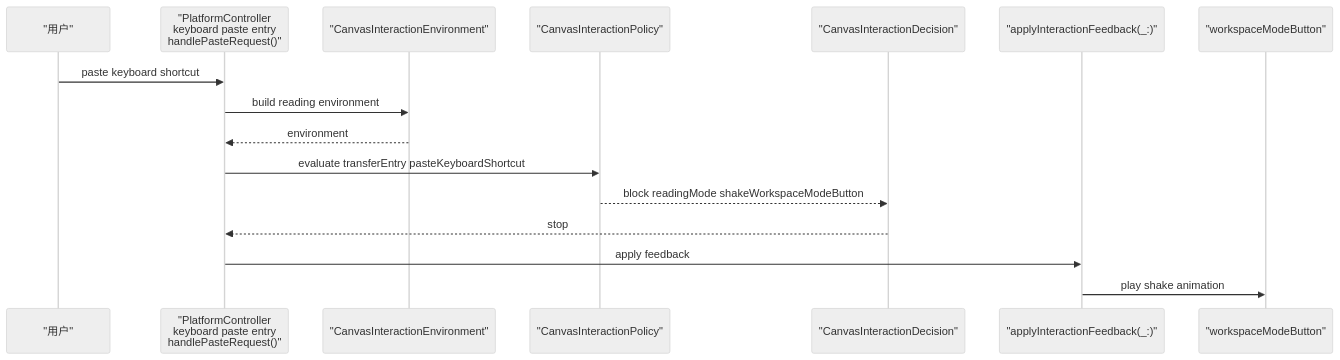
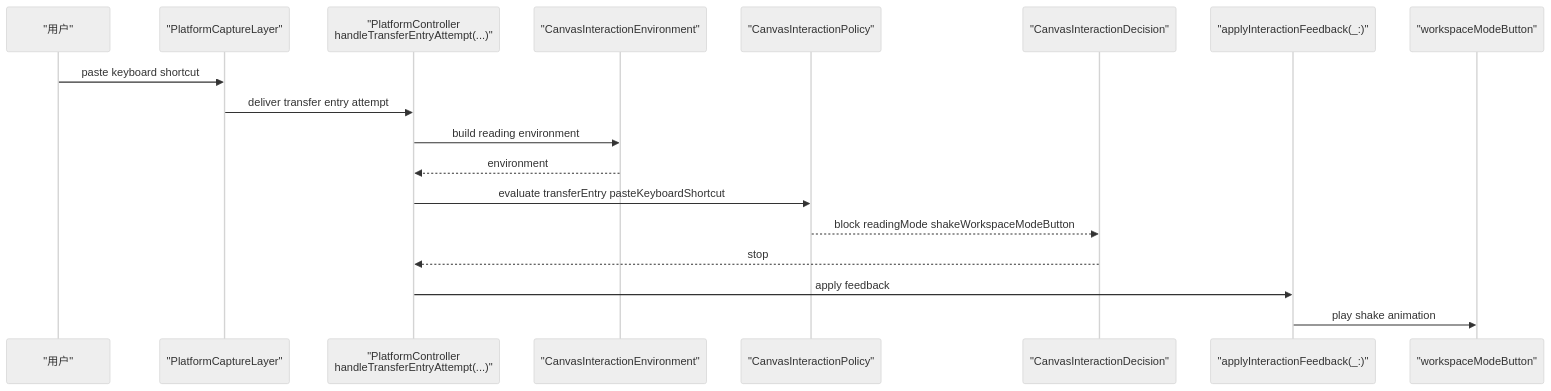
One commit to ShaunCheh/MyCanvas_Ver_0 changed the third of 8 diagrams in .cursor/plans/方案4输入意图收敛_b466a267.plan.md. Above: the diagram before and after it, drawn with Mermaid (neutral theme). The commit also changed other lines of this file, not shown here.

````diff
--- a/.cursor/plans/方案4输入意图收敛_b466a267.plan.md
+++ b/.cursor/plans/方案4输入意图收敛_b466a267.plan.md
@@ -231,20 +270,22 @@
 ```mermaid
 %% .cursor/plans/方案4输入意图收敛_b466a267.plan.md
 sequenceDiagram
     participant User as "用户"
-    participant PlatformController as "PlatformController<br/>keyboard paste entry<br/>handlePasteRequest()"
+    participant CaptureLayer as "PlatformCaptureLayer"
+    participant NormalizedEntry as "PlatformController<br/>handleTransferEntryAttempt(...)"
     participant Environment as "CanvasInteractionEnvironment"
     participant Policy as "CanvasInteractionPolicy"
     participant Decision as "CanvasInteractionDecision"
     participant FeedbackBridge as "applyInteractionFeedback(_:)"
     participant ModeButton as "workspaceModeButton"
 
-    User->>PlatformController: paste keyboard shortcut
-    PlatformController->>Environment: build reading environment
-    Environment-->>PlatformController: environment
-    PlatformController->>Policy: evaluate transferEntry pasteKeyboardShortcut
+    User->>CaptureLayer: paste keyboard shortcut
+    CaptureLayer->>NormalizedEntry: deliver transfer entry attempt
+    NormalizedEntry->>Environment: build reading environment
+    Environment-->>NormalizedEntry: environment
+    NormalizedEntry->>Policy: evaluate transferEntry pasteKeyboardShortcut
     Policy-->>Decision: block readingMode shakeWorkspaceModeButton
-    Decision-->>PlatformController: stop
-    PlatformController->>FeedbackBridge: apply feedback
+    Decision-->>NormalizedEntry: stop
+    NormalizedEntry->>FeedbackBridge: apply feedback
     FeedbackBridge->>ModeButton: play shake animation
 ```
````
